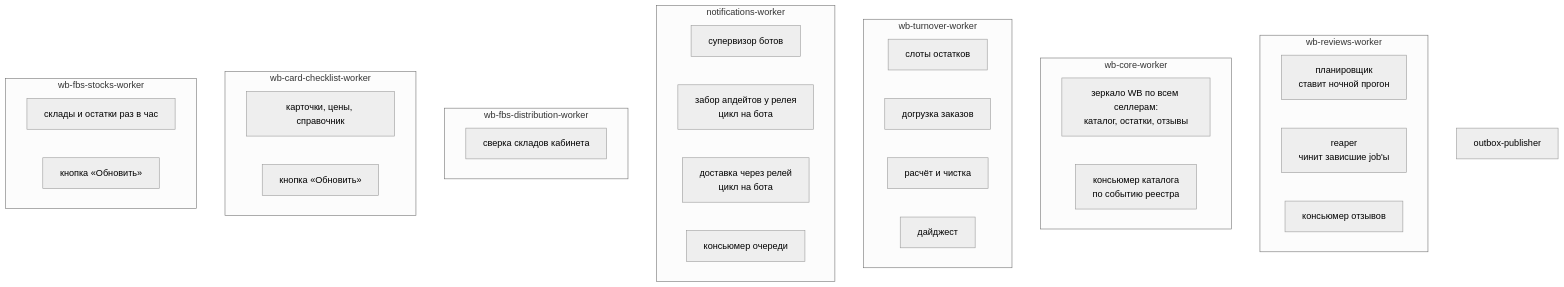
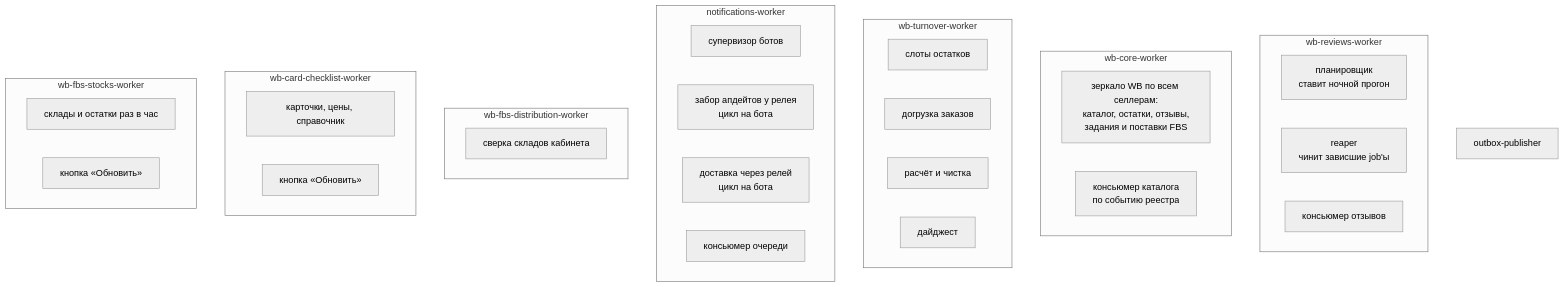
One commit to krionefishy/karbi changed the diagram in docs/architecture/WORKERS.md. Above: the diagram before and after it, drawn with Mermaid (neutral theme). The commit also changed other lines of this file and 16 other files, not shown here.

Commit message:
Зеркало wb_core: склады продавца, объекты WB, сборочные задания FBS (живые и архив) и поставки

````diff
--- a/docs/architecture/WORKERS.md
+++ b/docs/architecture/WORKERS.md
@@ -6,36 +6,36 @@
 ```mermaid
 flowchart TB
     subgraph reviews["wb-reviews-worker"]
         r1["планировщик<br/>ставит ночной прогон"]
         r2["reaper<br/>чинит зависшие job'ы"]
         r3["консьюмер отзывов"]
     end
     subgraph core["wb-core-worker"]
-        k1["зеркало WB по всем селлерам:<br/>каталог, остатки, отзывы"]
+        k1["зеркало WB по всем селлерам:<br/>каталог, остатки, отзывы,<br/>задания и поставки FBS"]
         k2["консьюмер каталога<br/>по событию реестра"]
     end
     subgraph turnover["wb-turnover-worker"]
         t1["слоты остатков"]
         t2["догрузка заказов"]
         t3["расчёт и чистка"]
         t4["дайджест"]
     end
     subgraph notify["notifications-worker"]
         n1["супервизор ботов"]
         n2["забор апдейтов у релея<br/>цикл на бота"]
         n3["доставка через релей<br/>цикл на бота"]
         n4["консьюмер очереди"]
     end
     subgraph fbs["wb-fbs-distribution-worker"]
         f1["сверка складов кабинета"]
     end
     subgraph checklist["wb-card-checklist-worker"]
         c1["карточки, цены, справочник"]
         c2["кнопка «Обновить»"]
     end
     subgraph stocks["wb-fbs-stocks-worker"]
         s1["склады и остатки раз в час"]
         s2["кнопка «Обновить»"]
     end
     outbox["outbox-publisher"]
 ```
````
